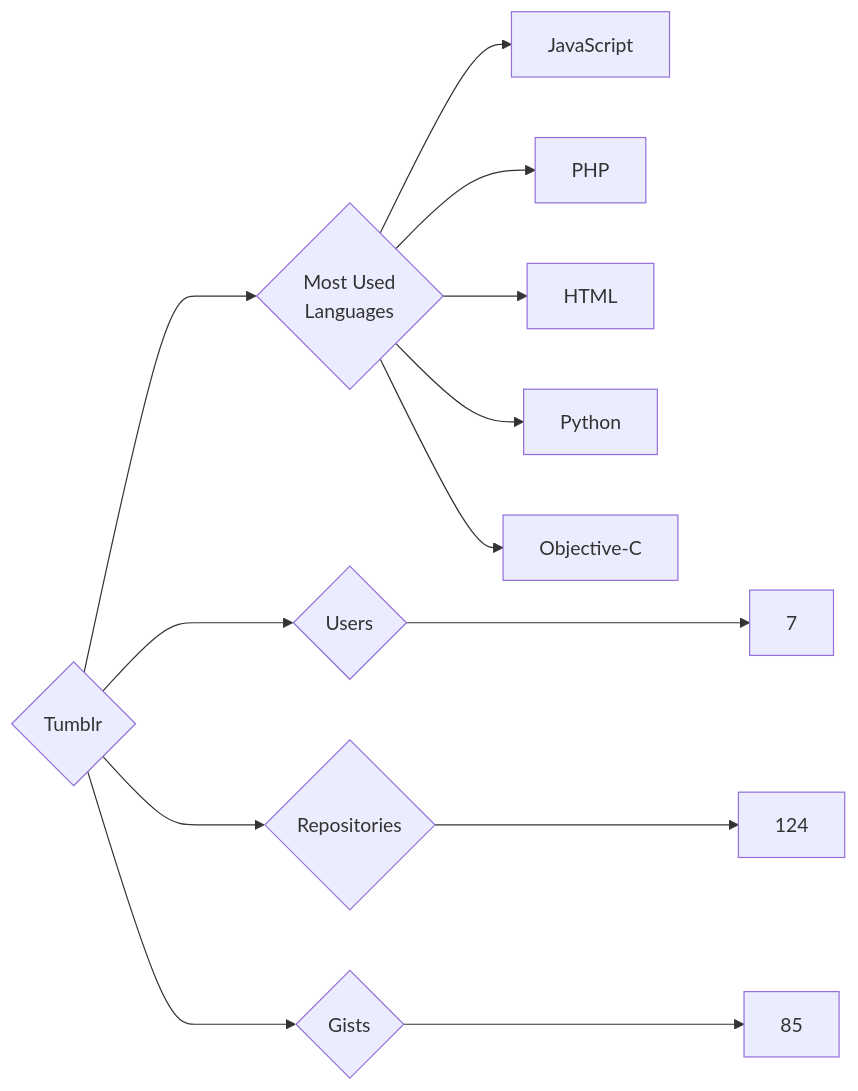
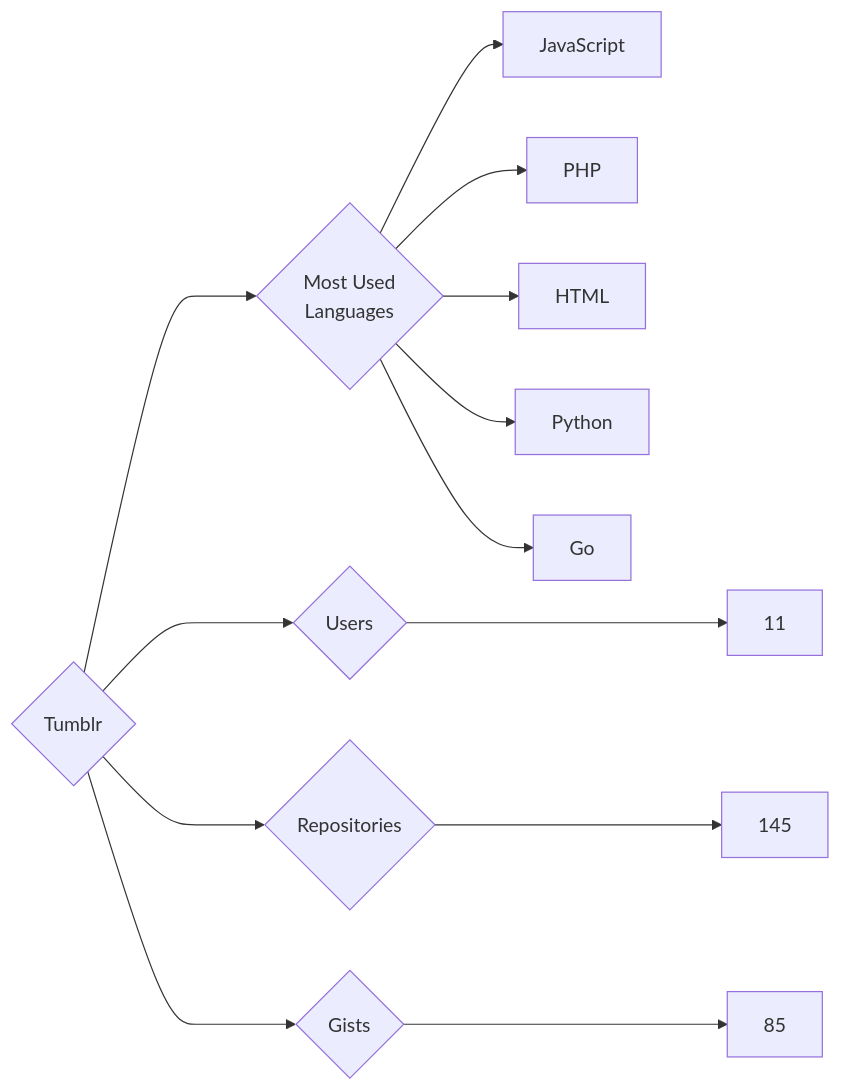
One commit to trickest/insiders changed the diagram in targets/Tumblr/README.md. Above: the diagram before and after it, drawn with Mermaid. The commit also changed 969 other files, not shown here.

````diff
--- a/targets/Tumblr/README.md
+++ b/targets/Tumblr/README.md
@@ -3,13 +3,13 @@
 ```mermaid
 graph LR
 COMPANY_NAME{Tumblr}
-COMPANY_NAME ---> U{Users} ---> UN[7]
-COMPANY_NAME ---> R{Repositories} ---> RN[124]
+COMPANY_NAME ---> U{Users} ---> UN[11]
+COMPANY_NAME ---> R{Repositories} ---> RN[145]
 COMPANY_NAME ---> G{Gists} ---> GN[85]
 COMPANY_NAME ---> ML{Most Used<br>Languages}
 ML --> JavaScript[JavaScript]
 ML --> PHP[PHP]
 ML --> HTML[HTML]
 ML --> Python[Python]
-ML --> Objective-C[Objective-C]
+ML --> Go[Go]
 ```
````
